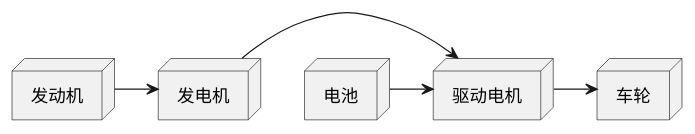
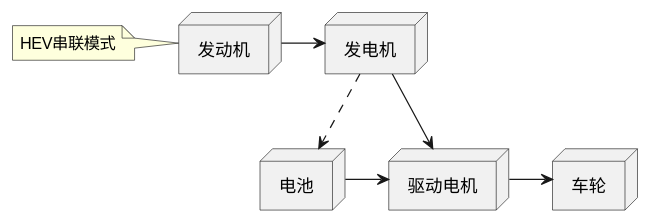
One commit to Wang-Ray/Wang-Ray.github.io changed the diagram in assets/plantuml/DMI-hev-serial.md. Above: the diagram before and after it, drawn with PlantUML. The commit also changed 12 other files, not shown here.

````diff
--- a/assets/plantuml/DMI-hev-serial.md
+++ b/assets/plantuml/DMI-hev-serial.md
@@ -1,14 +1,17 @@
 ```plantuml
 @startuml
 node 车轮
 node 发动机
 node 电池
 node 驱动电机
 node 发电机
 
+note left of 发动机:HEV串联模式
+
 发动机 -> 发电机
 发电机 -> 驱动电机
+发电机 ..> 电池
 电池 -> 驱动电机
 驱动电机 -> 车轮
 @enduml
 ```
````
